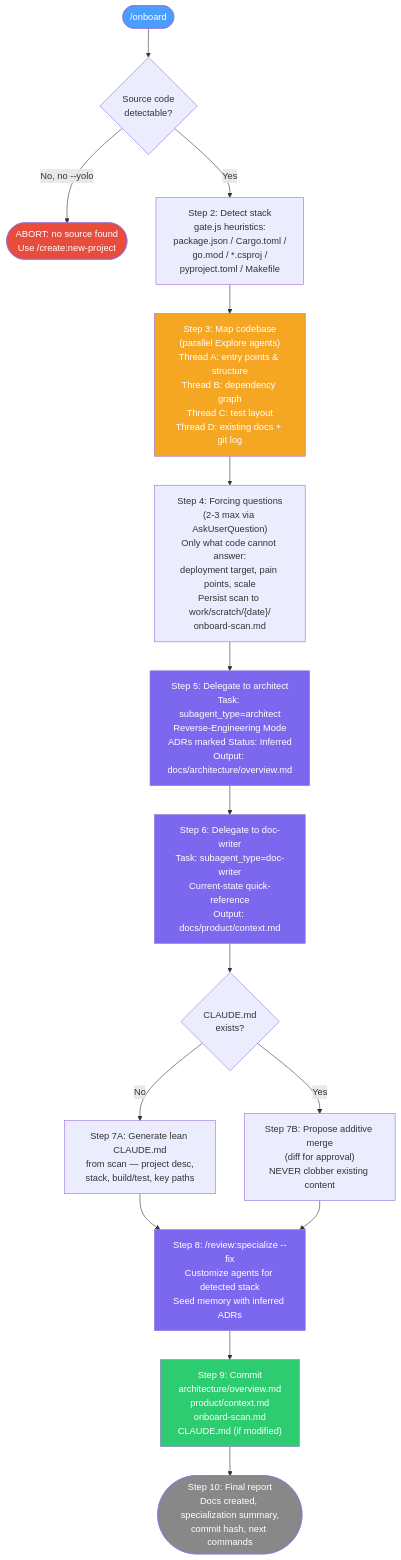
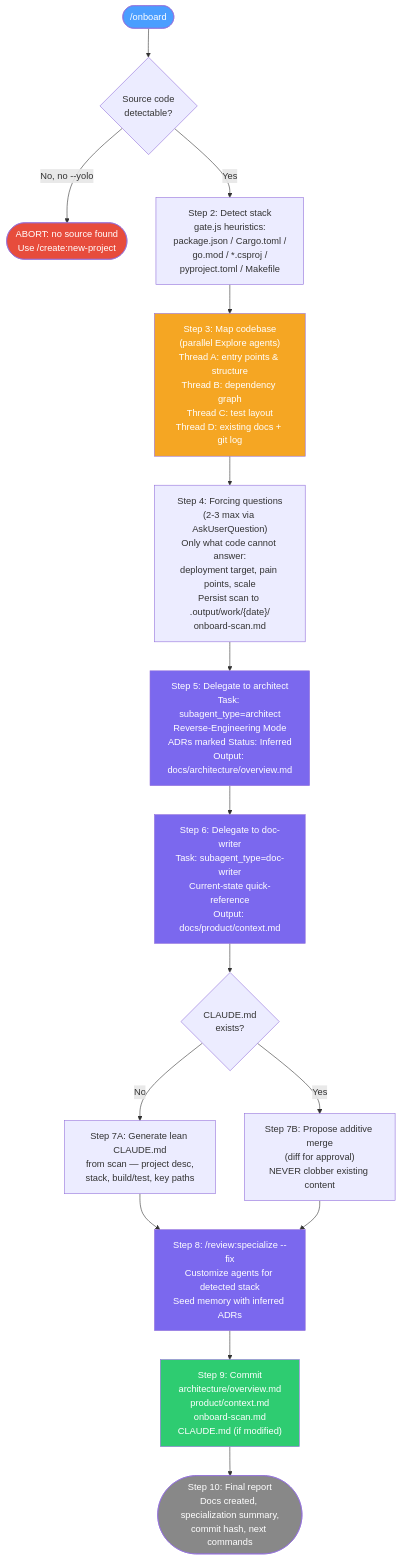
Diagram 12 of 37 in docs/reference/commands.md (Domdhi/Agents.Domdhi), drawn with Mermaid before and after one commit. The commit also changed other lines of this file and 28 other files, not shown here.

````diff
--- a/docs/reference/commands.md
+++ b/docs/reference/commands.md
@@ -597,36 +597,36 @@
 ```mermaid
 flowchart TD
     START(["/onboard"]) --> SRC{Source code\ndetectable?}
     SRC -->|No, no --yolo| EXIT(["ABORT: no source found\nUse /create:new-project"])
     SRC -->|Yes| DETECT["Step 2: Detect stack\ngate.js heuristics:\npackage.json / Cargo.toml /\ngo.mod / *.csproj /\npyproject.toml / Makefile"]
 
     DETECT --> MAP["Step 3: Map codebase\n(parallel Explore agents)\nThread A: entry points & structure\nThread B: dependency graph\nThread C: test layout\nThread D: existing docs + git log"]
 
-    MAP --> QUESTIONS["Step 4: Forcing questions\n(2-3 max via AskUserQuestion)\nOnly what code cannot answer:\ndeployment target, pain points, scale\nPersist scan to work/scratch/{date}/\nonboard-scan.md"]
+    MAP --> QUESTIONS["Step 4: Forcing questions\n(2-3 max via AskUserQuestion)\nOnly what code cannot answer:\ndeployment target, pain points, scale\nPersist scan to .output/work/{date}/\nonboard-scan.md"]
 
     QUESTIONS --> ARCH["Step 5: Delegate to architect\nTask: subagent_type=architect\nReverse-Engineering Mode\nADRs marked Status: Inferred\nOutput: docs/architecture/overview.md"]
 
     ARCH --> CTX["Step 6: Delegate to doc-writer\nTask: subagent_type=doc-writer\nCurrent-state quick-reference\nOutput: docs/product/context.md"]
 
     CTX --> CLAUDEMD{CLAUDE.md\nexists?}
     CLAUDEMD -->|No| GEN["Step 7A: Generate lean CLAUDE.md\nfrom scan — project desc,\nstack, build/test, key paths"]
     CLAUDEMD -->|Yes| MERGE["Step 7B: Propose additive merge\n(diff for approval)\nNEVER clobber existing content"]
 
     GEN --> SPECIALIZE
     MERGE --> SPECIALIZE
 
     SPECIALIZE["Step 8: /review:specialize --fix\nCustomize agents for detected stack\nSeed memory with inferred ADRs"]
 
     SPECIALIZE --> COMMIT["Step 9: Commit\narchitecture/overview.md\nproduct/context.md\nonboard-scan.md\nCLAUDE.md (if modified)"]
 
     COMMIT --> REPORT(["Step 10: Final report\nDocs created, specialization summary,\ncommit hash, next commands"])
 
     style START fill:#4a9eff,color:#fff
     style EXIT fill:#e74c3c,color:#fff
     style MAP fill:#f5a623,color:#fff
     style ARCH fill:#7b68ee,color:#fff
     style CTX fill:#7b68ee,color:#fff
     style SPECIALIZE fill:#7b68ee,color:#fff
     style COMMIT fill:#2ecc71,color:#fff
     style REPORT fill:#888,color:#fff
 ```
````
